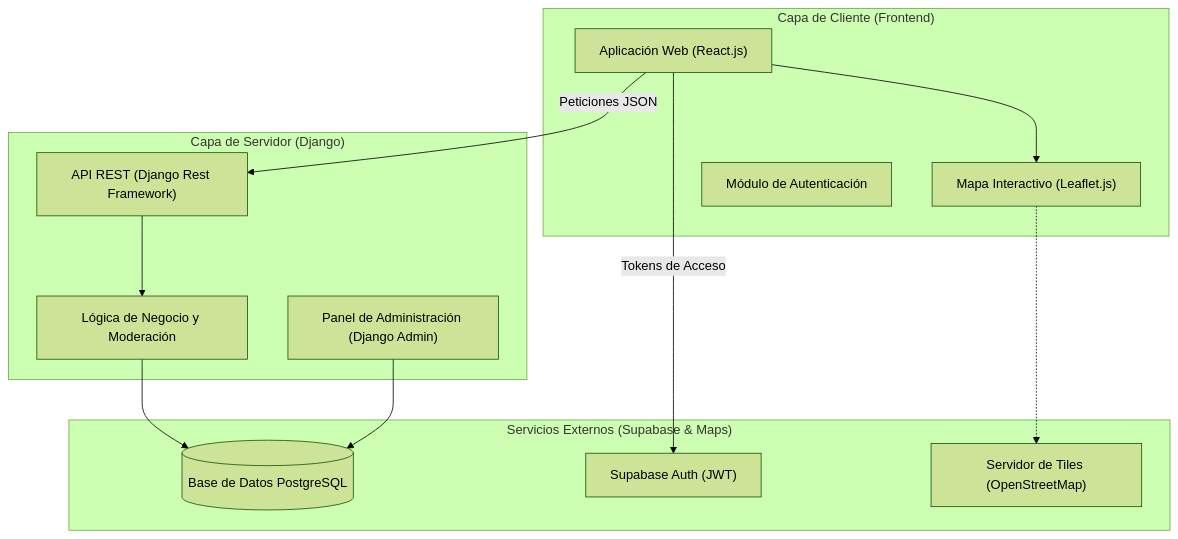
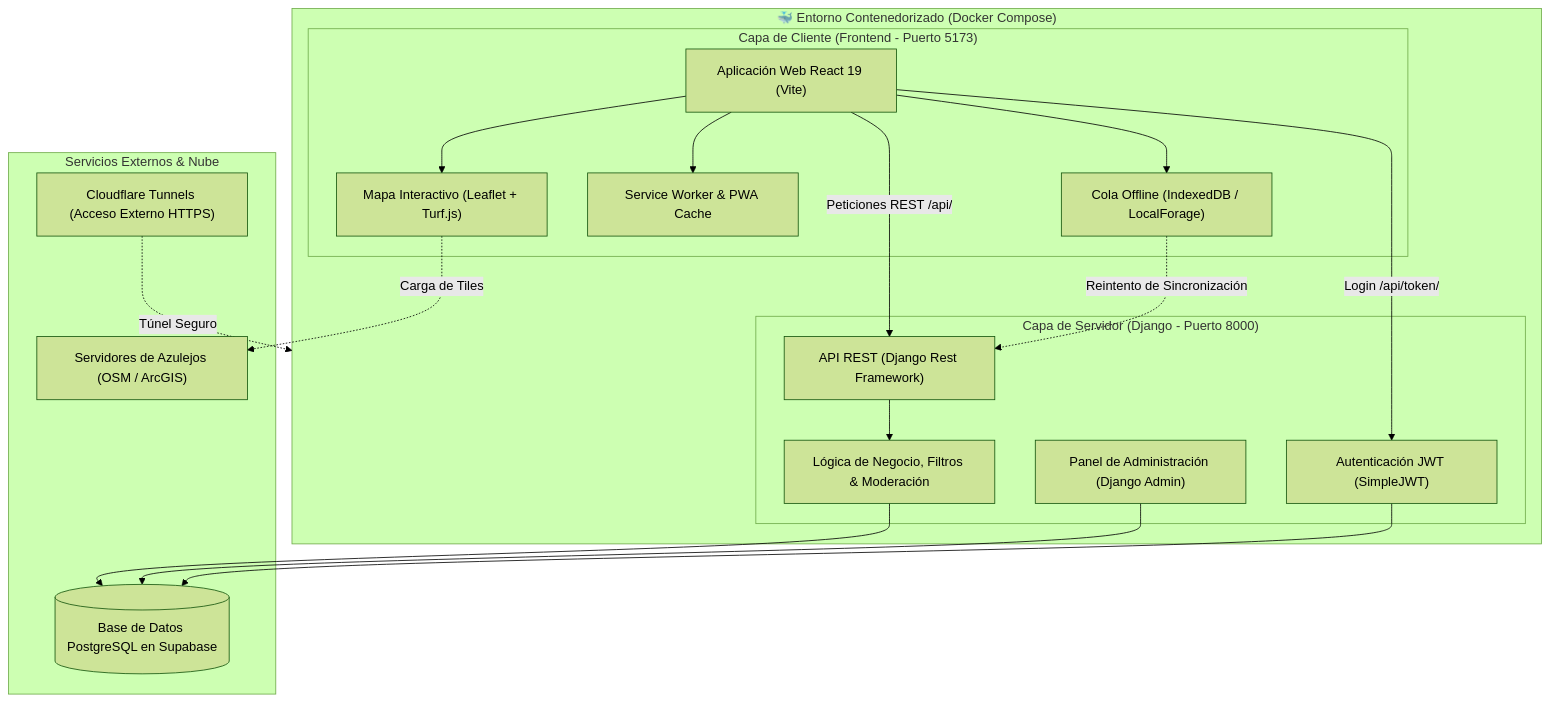
The diagram in docs/ARQUITECTURA.md (Antonimo-xd/Mapa-Secreto), drawn with Mermaid (forest theme) before and after one commit. The commit also changed other lines of this file, not shown here.

Commit message:
docs: actualizar diagrama de arquitectura con docker y simplejwt

````diff
--- a/docs/ARQUITECTURA.md
+++ b/docs/ARQUITECTURA.md
@@ -6,29 +7,44 @@
 ```mermaid
 graph TD
-    subgraph Cliente ["Capa de Cliente (Frontend)"]
-        ReactApp["Aplicación Web (React.js)"]
-        LeafletComp["Mapa Interactivo (Leaflet.js)"]
-        AuthModule["Módulo de Autenticación"]
+    subgraph DockerEnv ["🐳 Entorno Contenedorizado (Docker Compose)"]
+        subgraph Cliente ["Capa de Cliente (Frontend - Puerto 5173)"]
+            ReactApp["Aplicación Web React 19 (Vite)"]
+            LeafletComp["Mapa Interactivo (Leaflet + Turf.js)"]
+            PWAWorker["Service Worker & PWA Cache"]
+            OfflineQueue["Cola Offline (IndexedDB / LocalForage)"]
+        end
+
+        subgraph Backend ["Capa de Servidor (Django - Puerto 8000)"]
+            DRF["API REST (Django Rest Framework)"]
+            AuthModule["Autenticación JWT (SimpleJWT)"]
+            Logic["Lógica de Negocio, Filtros & Moderación"]
+            AdminPanel["Panel de Administración (Django Admin)"]
+        end
     end
 
-    subgraph Backend ["Capa de Servidor (Django)"]
-        DRF["API REST (Django Rest Framework)"]
-        Logic["Lógica de Negocio y Moderación"]
-        AdminPanel["Panel de Administración (Django Admin)"]
+    subgraph Infraestructura ["Servicios Externos & Nube"]
+        Postgres[(Base de Datos PostgreSQL en Supabase)]
+        TileServers["Servidores de Azulejos (OSM / ArcGIS)"]
+        Tunnel["Cloudflare Tunnels (Acceso Externo HTTPS)"]
     end
 
-    subgraph Infraestructura ["Servicios Externos (Supabase & Maps)"]
-        Postgres[(Base de Datos PostgreSQL)]
-        SupaAuth["Supabase Auth (JWT)"]
-        OSM["Servidor de Tiles (OpenStreetMap)"]
-    end
+    %% Relaciones Cliente
+    ReactApp --> LeafletComp
+    ReactApp --> PWAWorker
+    ReactApp --> OfflineQueue
+    LeafletComp -. "Carga de Tiles" .-> TileServers
 
-    %% Relaciones
-    ReactApp --> LeafletComp
-    LeafletComp -.-> OSM
-    ReactApp -- "Peticiones JSON" --> DRF
-    ReactApp -- "Tokens de Acceso" --> SupaAuth
+    %% Comunicación Cliente - Servidor
+    ReactApp -- "Peticiones REST /api/" --> DRF
+    ReactApp -- "Login /api/token/" --> AuthModule
+    OfflineQueue -. "Reintento de Sincronización" .-> DRF
+
+    %% Comunicación Backend - Base de Datos
     DRF --> Logic
     Logic --> Postgres
     AdminPanel --> Postgres
+    AuthModule --> Postgres
+
+    %% Acceso móvil / PWA
+    Tunnel -. "Túnel Seguro" .-> DockerEnv
 ```
````
